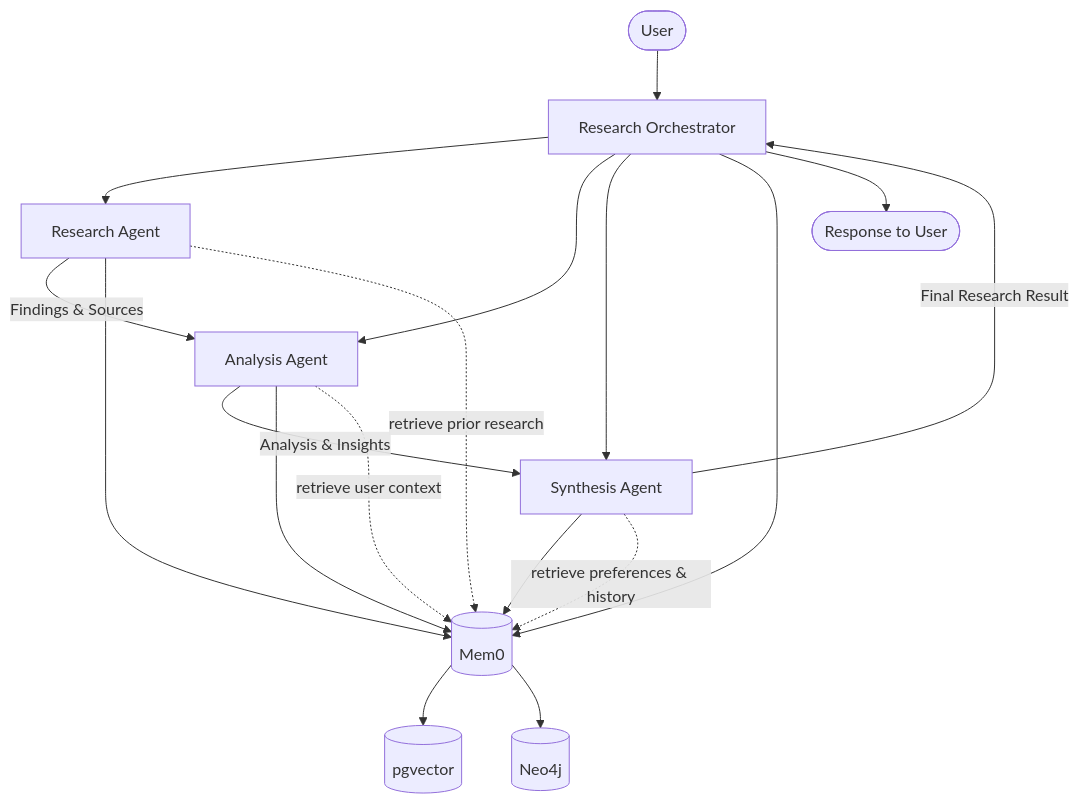
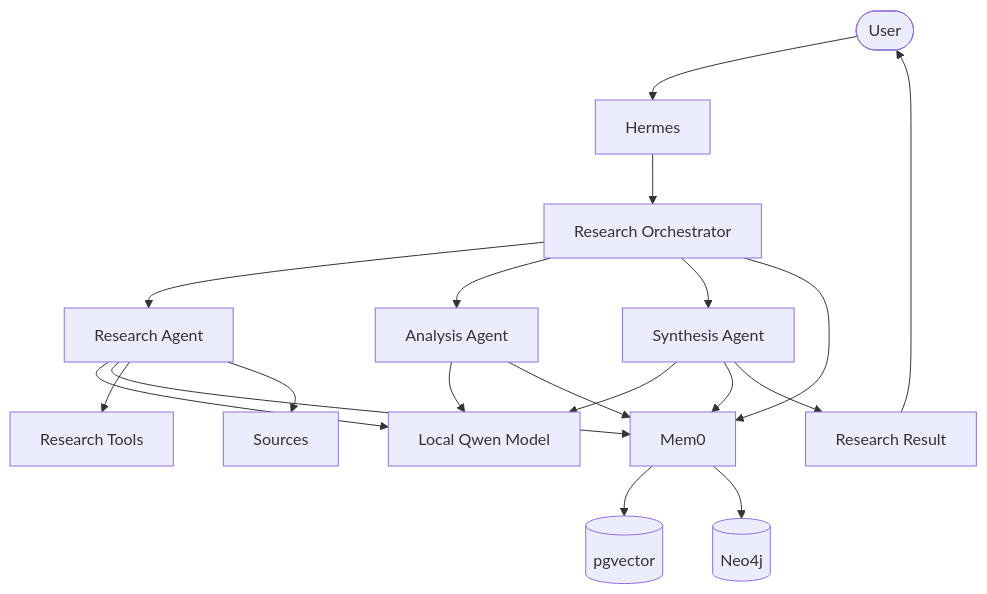
Before and after one commit to rxShri99/shritesh99.github.io: the diagram in public/slides/hermes/multi-arch.md, drawn with Mermaid. The commit also changed 6 other files, not shown here.

````diff
--- a/public/slides/hermes/multi-arch.md
+++ b/public/slides/hermes/multi-arch.md
@@ -1,28 +1,30 @@
 ```mermaid
-flowchart TD
+flowchart TB
     USER([User])
 
-    USER --> ORCH[Research Orchestrator]
+    USER --> HERMES[Hermes]
 
-    ORCH --> RESEARCH[Research Agent]
-    ORCH --> ANALYST[Analysis Agent]
-    ORCH --> SYNTH[Synthesis Agent]
+    HERMES --> ORCH[Research Orchestrator]
 
-    RESEARCH -->|Findings & Sources| ANALYST
-    ANALYST -->|Analysis & Insights| SYNTH
-    SYNTH -->|Final Research Result| ORCH
+    ORCH --> R[Research Agent]
+    ORCH --> A[Analysis Agent]
+    ORCH --> S[Synthesis Agent]
 
-    RESEARCH --> MEM[(Mem0)]
-    ANALYST --> MEM
-    SYNTH --> MEM
-    ORCH --> MEM
+    R --> QWEN[Local Qwen Model]
+    A --> QWEN
+    S --> QWEN
 
-    MEM --> PG[(pgvector)]
-    MEM --> NEO[(Neo4j)]
+    R --> MEM0[Mem0]
+    A --> MEM0
+    S --> MEM0
+    ORCH --> MEM0
 
-    RESEARCH -.->|retrieve prior research| MEM
-    ANALYST -.->|retrieve user context| MEM
-    SYNTH -.->|retrieve preferences & history| MEM
+    MEM0 --> PG[(pgvector)]
+    MEM0 --> NEO[(Neo4j)]
 
-    ORCH --> RESPONSE([Response to User])
+    R --> TOOLS[Research Tools]
+    R --> SOURCES[Sources]
+
+    S --> RESULT[Research Result]
+    RESULT --> USER
 ```
````
